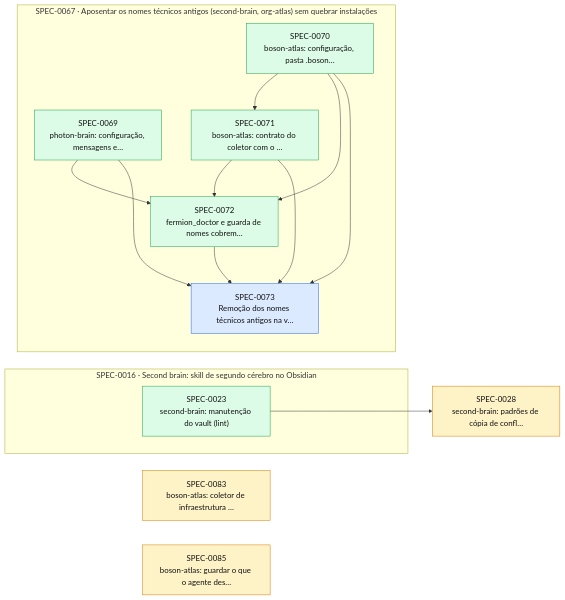
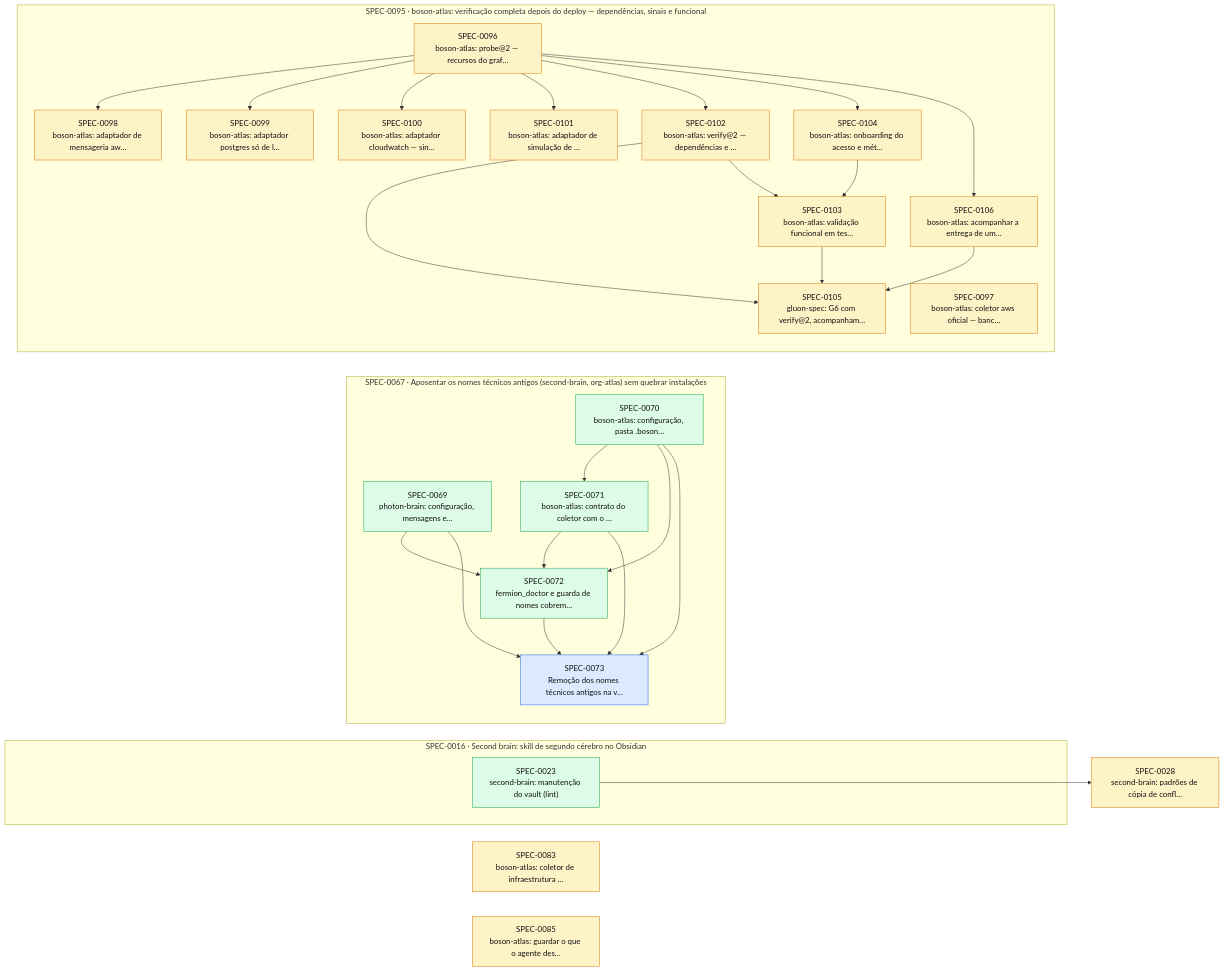
One commit to thomasravache/ai-dev-brain changed the diagram in docs/specs/INDEX.md. Above: the diagram before and after it, drawn with Mermaid. The commit also changed other lines of this file and 14 other files, not shown here.

First line of the commit message:
docs(specs): épico SPEC-0095 e filhas da verificação completa depois do deploy

````diff
--- a/docs/specs/INDEX.md
+++ b/docs/specs/INDEX.md
@@ -64,30 +76,55 @@
 ```mermaid
 flowchart LR
   S0028["SPEC-0028<br/>second-brain: padrões de cópia de confl…"]:::proposed
   S0083["SPEC-0083<br/>boson-atlas: coletor de infraestrutura …"]:::proposed
   S0085["SPEC-0085<br/>boson-atlas: guardar o que o agente des…"]:::proposed
   subgraph E0016["SPEC-0016 · Second brain: skill de segundo cérebro no Obsidian"]
     S0023["SPEC-0023<br/>second-brain: manutenção do vault (lint)"]:::implemented
   end
   subgraph E0067["SPEC-0067 · Aposentar os nomes técnicos antigos (second-brain, org-atlas) sem quebrar instalações"]
     S0069["SPEC-0069<br/>photon-brain: configuração, mensagens e…"]:::implemented
     S0070["SPEC-0070<br/>boson-atlas: configuração, pasta .boson…"]:::implemented
     S0071["SPEC-0071<br/>boson-atlas: contrato do coletor com o …"]:::implemented
     S0072["SPEC-0072<br/>fermion_doctor e guarda de nomes cobrem…"]:::implemented
     S0073["SPEC-0073<br/>Remoção dos nomes técnicos antigos na v…"]:::approved
   end
+  subgraph E0095["SPEC-0095 · boson-atlas: verificação completa depois do deploy — dependências, sinais e funcional"]
+    S0096["SPEC-0096<br/>boson-atlas: probe@2 — recursos do graf…"]:::proposed
+    S0097["SPEC-0097<br/>boson-atlas: coletor aws oficial — banc…"]:::proposed
+    S0098["SPEC-0098<br/>boson-atlas: adaptador de mensageria aw…"]:::proposed
+    S0099["SPEC-0099<br/>boson-atlas: adaptador postgres só de l…"]:::proposed
+    S0100["SPEC-0100<br/>boson-atlas: adaptador cloudwatch — sin…"]:::proposed
+    S0101["SPEC-0101<br/>boson-atlas: adaptador de simulação de …"]:::proposed
+    S0102["SPEC-0102<br/>boson-atlas: verify@2 — dependências e …"]:::proposed
+    S0103["SPEC-0103<br/>boson-atlas: validação funcional em tes…"]:::proposed
+    S0104["SPEC-0104<br/>boson-atlas: onboarding do acesso e mét…"]:::proposed
+    S0105["SPEC-0105<br/>gluon-spec: G6 com verify@2, acompanham…"]:::proposed
+    S0106["SPEC-0106<br/>boson-atlas: acompanhar a entrega de um…"]:::proposed
+  end
   S0023 --> S0028
   S0070 --> S0071
   S0069 --> S0072
   S0070 --> S0072
   S0071 --> S0072
   S0069 --> S0073
   S0070 --> S0073
   S0071 --> S0073
   S0072 --> S0073
+  S0096 --> S0098
+  S0096 --> S0099
+  S0096 --> S0100
+  S0096 --> S0101
+  S0096 --> S0102
+  S0102 --> S0103
+  S0104 --> S0103
+  S0096 --> S0104
+  S0102 --> S0105
+  S0103 --> S0105
+  S0106 --> S0105
+  S0096 --> S0106
   classDef proposed fill:#fef3c7,stroke:#d97706,color:#111
   classDef approved fill:#dbeafe,stroke:#2563eb,color:#111
   classDef inprogress fill:#ede9fe,stroke:#7c3aed,color:#111
   classDef implemented fill:#dcfce7,stroke:#16a34a,color:#111
   classDef deprecated fill:#f3f4f6,stroke:#9ca3af,color:#6b7280
 ```
````
